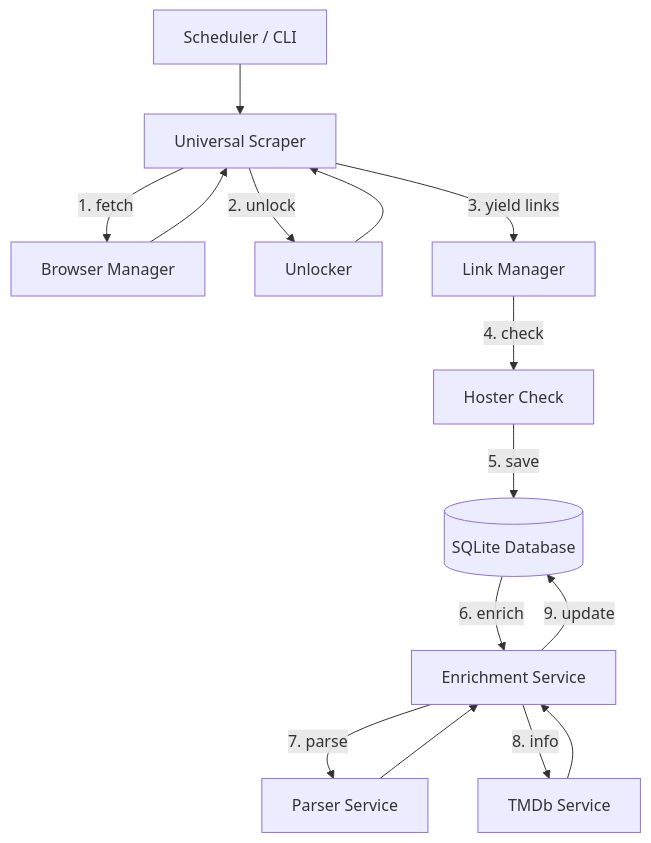
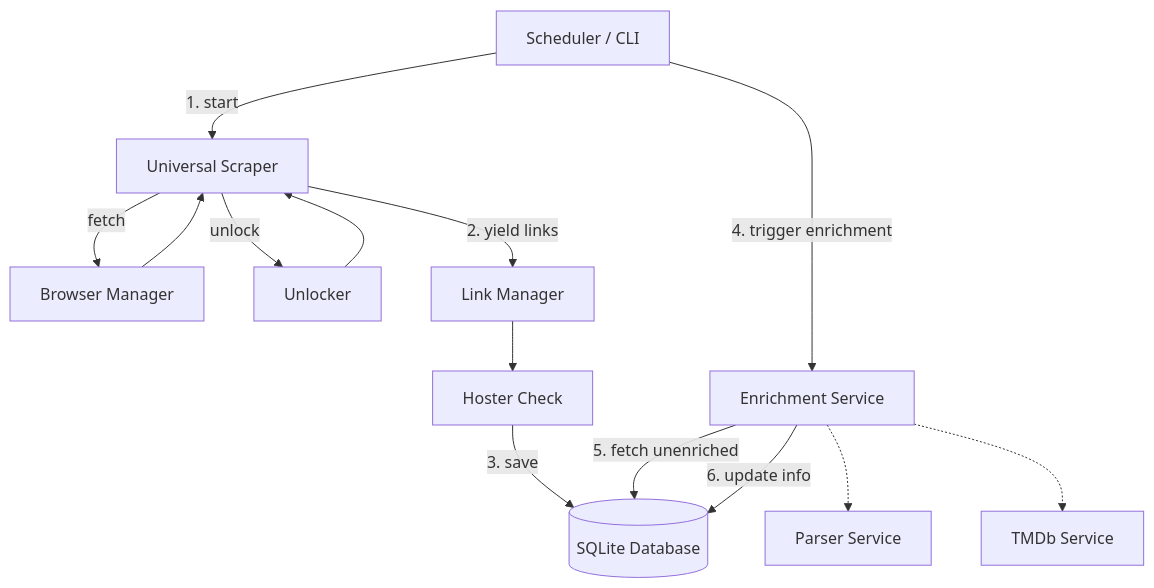
Before and after one commit to dmachard/DDL-tower: the first of 2 diagrams in README.md, drawn with Mermaid.

Commit message:
refactor: update architecture diagram and configure TMDB API key with template scrapers

````diff
--- a/README.md
+++ b/README.md
@@ -238,21 +238,20 @@
 ```mermaid
 graph TD
-    SCH[Scheduler / CLI] --> SCR[Universal Scraper]
+    SCH[Scheduler / CLI] -->|1. start| SCR[Universal Scraper]
     
-    SCR -->|1. fetch| BRW[Browser Manager]
+    SCR -->|fetch| BRW[Browser Manager]
     BRW --> SCR
     
-    SCR -->|2. unlock| UNL[Unlocker]
+    SCR -->|unlock| UNL[Unlocker]
     UNL --> SCR
     
-    SCR -- "3. yield links" --> LNK[Link Manager]
-    LNK -->|4. check| HST[Hoster Check]
-    HST -->|5. save| DB[(SQLite Database)]
+    SCR -- "2. yield links" --> LNK[Link Manager]
+    LNK --> HST[Hoster Check]
+    HST -->|3. save| DB[(SQLite Database)]
 
-    DB -- "6. enrich" --> ENR[Enrichment Service]
-    ENR -->|7. parse| PRS[Parser Service]
-    PRS --> ENR
-    ENR -->|8. info| TMDB[TMDb Service]
-    TMDB --> ENR
-    ENR -- "9. update" --> DB
+    SCH -->|4. trigger enrichment| ENR[Enrichment Service]
+    ENR -- "5. fetch unenriched" --> DB
+    ENR -.-> PRS[Parser Service]
+    ENR -.-> TMDB[TMDb Service]
+    ENR -- "6. update info" --> DB
 ```
````
